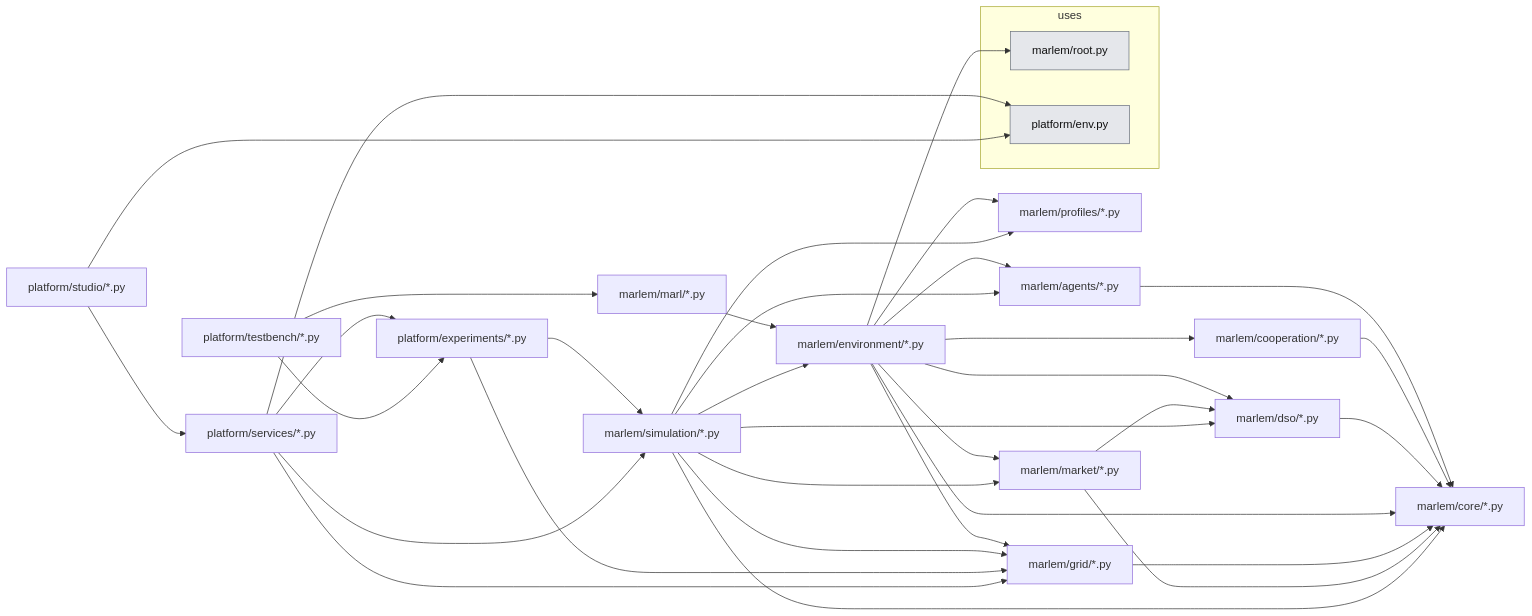
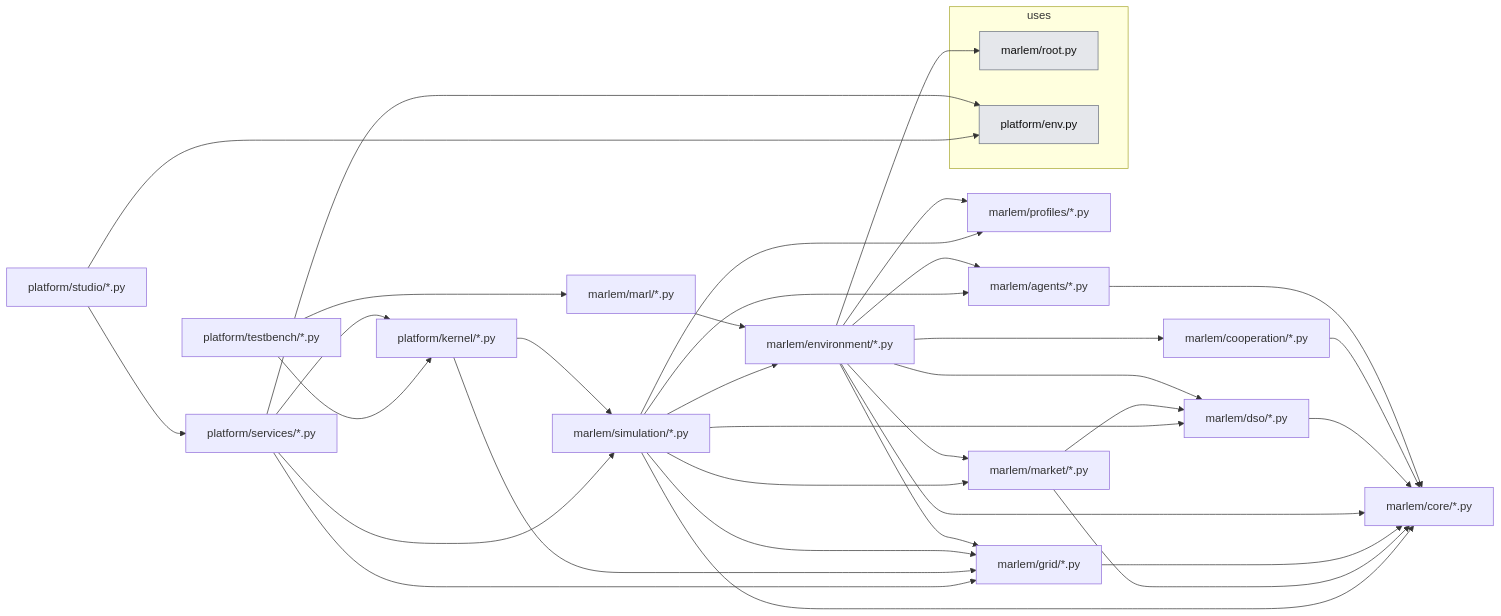
One commit to KevinRapo/P2P-thesis changed the second of 2 diagrams in src_thesis/README.md. Above: the diagram before and after it, drawn with Mermaid. The commit also changed other lines of this file and 68 other files, not shown here.

Commit message:
refactor(kernel): platform/experiments becomes platform/kernel

````diff
--- a/src_thesis/README.md
+++ b/src_thesis/README.md
@@ -89,54 +89,54 @@
 ```mermaid
 flowchart LR
   n_marlem_agents__["marlem/agents/*.py"]
   n_marlem_cooperation__["marlem/cooperation/*.py"]
   n_marlem_core__["marlem/core/*.py"]
   n_marlem_dso__["marlem/dso/*.py"]
   n_marlem_environment__["marlem/environment/*.py"]
   n_marlem_grid__["marlem/grid/*.py"]
   n_marlem_market__["marlem/market/*.py"]
   n_marlem_marl__["marlem/marl/*.py"]
   n_marlem_profiles__["marlem/profiles/*.py"]
   n_marlem_simulation__["marlem/simulation/*.py"]
-  n_platform_experiments__["platform/experiments/*.py"]
+  n_platform_kernel__["platform/kernel/*.py"]
   n_platform_services__["platform/services/*.py"]
   n_platform_studio__["platform/studio/*.py"]
   n_platform_testbench__["platform/testbench/*.py"]
   subgraph USES["uses"]
     n_marlem_root["marlem/root.py"]:::ext
     n_platform_env["platform/env.py"]:::ext
   end
   n_marlem_agents__ --> n_marlem_core__
   n_marlem_cooperation__ --> n_marlem_core__
   n_marlem_dso__ --> n_marlem_core__
   n_marlem_environment__ --> n_marlem_agents__
   n_marlem_environment__ --> n_marlem_cooperation__
   n_marlem_environment__ --> n_marlem_core__
   n_marlem_environment__ --> n_marlem_dso__
   n_marlem_environment__ --> n_marlem_grid__
   n_marlem_environment__ --> n_marlem_market__
   n_marlem_environment__ --> n_marlem_profiles__
   n_marlem_environment__ --> n_marlem_root
   n_marlem_grid__ --> n_marlem_core__
   n_marlem_market__ --> n_marlem_core__
   n_marlem_market__ --> n_marlem_dso__
   n_marlem_marl__ --> n_marlem_environment__
   n_marlem_simulation__ --> n_marlem_agents__
   n_marlem_simulation__ --> n_marlem_core__
   n_marlem_simulation__ --> n_marlem_dso__
   n_marlem_simulation__ --> n_marlem_environment__
   n_marlem_simulation__ --> n_marlem_grid__
   n_marlem_simulation__ --> n_marlem_market__
   n_marlem_simulation__ --> n_marlem_profiles__
-  n_platform_experiments__ --> n_marlem_grid__
-  n_platform_experiments__ --> n_marlem_simulation__
+  n_platform_kernel__ --> n_marlem_grid__
+  n_platform_kernel__ --> n_marlem_simulation__
   n_platform_services__ --> n_marlem_grid__
   n_platform_services__ --> n_marlem_simulation__
   n_platform_services__ --> n_platform_env
-  n_platform_services__ --> n_platform_experiments__
+  n_platform_services__ --> n_platform_kernel__
   n_platform_studio__ --> n_platform_env
   n_platform_studio__ --> n_platform_services__
   n_platform_testbench__ --> n_marlem_marl__
-  n_platform_testbench__ --> n_platform_experiments__
+  n_platform_testbench__ --> n_platform_kernel__
   classDef ext fill:#e5e7eb,stroke:#6b7280,color:#111
 ```
````
